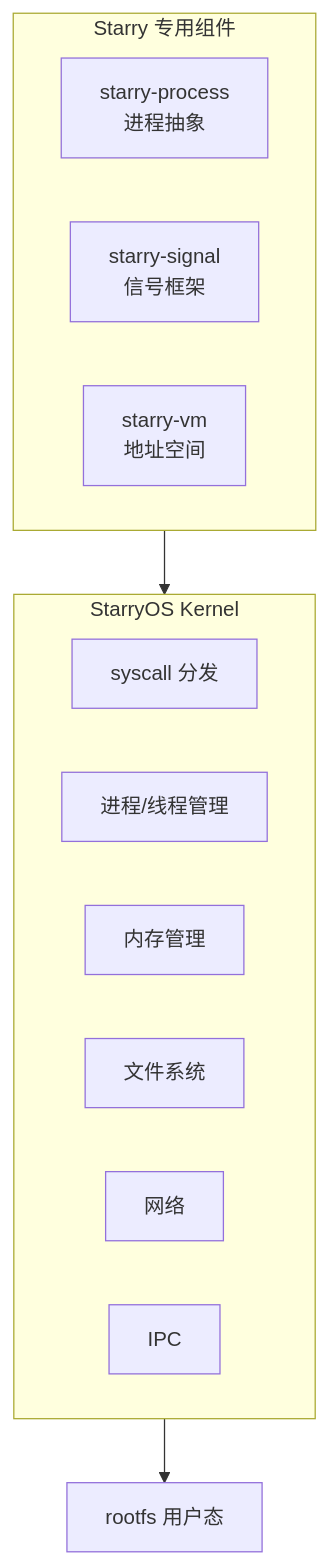
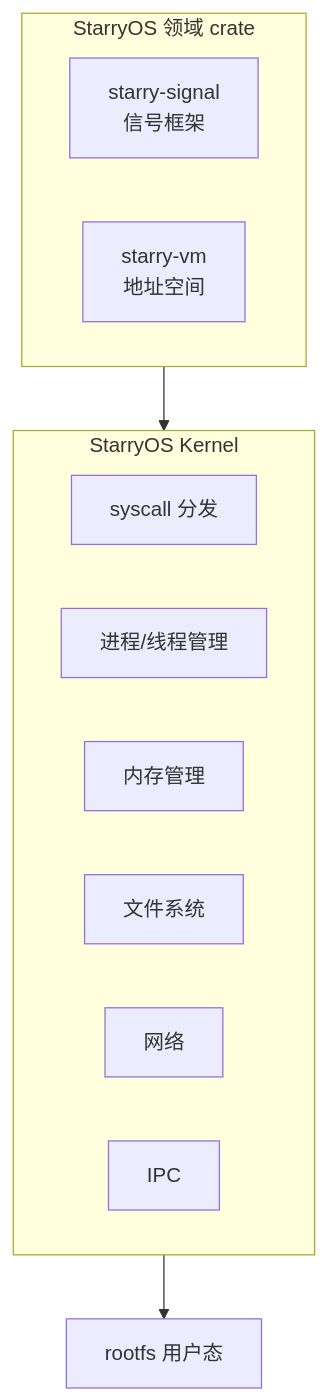
One commit to qcl-kernel/tgoskits-liangce changed the third of 4 diagrams in 阶段性验收/02-源码快照/tgoskits/docs/docs/introduction/overview.md. Above: the diagram before and after it, drawn with Mermaid. The commit also changed other lines of this file and 5368 other files, not shown here.

````diff
--- a/阶段性验收/02-源码快照/tgoskits/docs/docs/introduction/overview.md
+++ b/阶段性验收/02-源码快照/tgoskits/docs/docs/introduction/overview.md
@@ -202,20 +201,19 @@
 ```mermaid
 flowchart TD
-    subgraph starry_components["Starry 专用组件"]
-        proc["starry-process<br/>进程抽象"]
+    subgraph starry_components["StarryOS 领域 crate"]
         sig["starry-signal<br/>信号框架"]
         vm["starry-vm<br/>地址空间"]
     end
 
     subgraph kernel["StarryOS Kernel"]
         syscall["syscall 分发"]
         task["进程/线程管理"]
         mm["内存管理"]
         file["文件系统"]
         net["网络"]
         ipc["IPC"]
     end
 
     starry_components --> kernel
     kernel --> rootfs["rootfs 用户态"]
 ```
````
